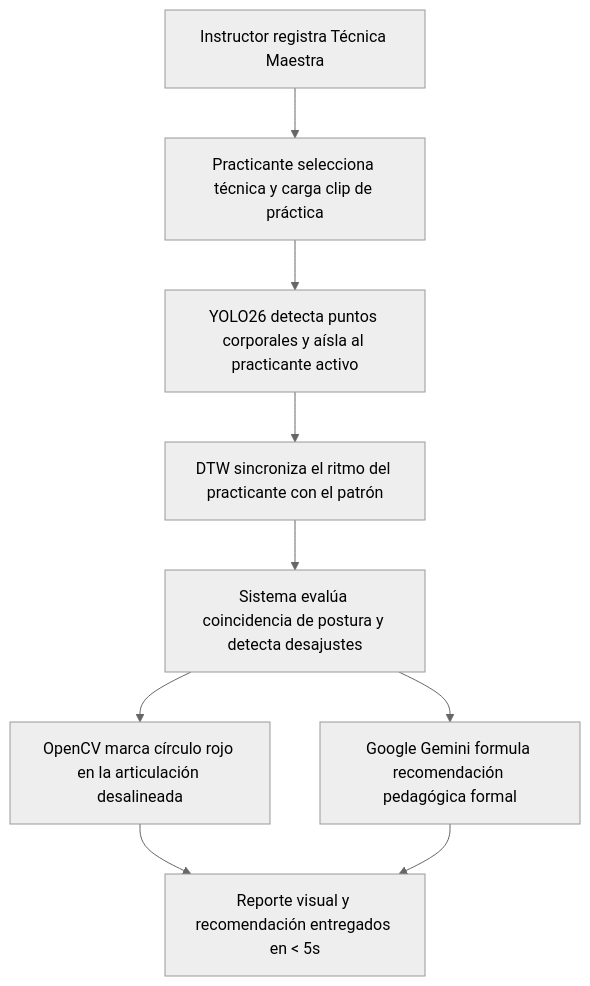
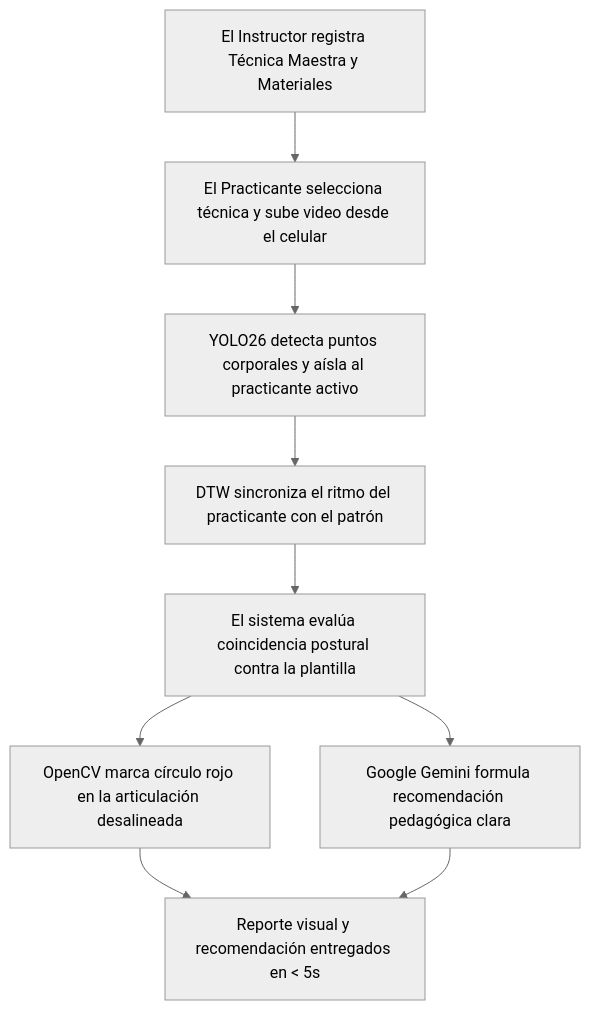
The fourth of 6 diagrams in README.md (Tsmrain/JiuJitsu), drawn with Mermaid (neutral theme) before and after one commit. The commit also changed other lines of this file, not shown here.

````diff
--- a/README.md
+++ b/README.md
@@ -312,11 +313,11 @@
 ```mermaid
 flowchart TD
-    A[Instructor registra Técnica Maestra] --> B[Practicante selecciona técnica y carga clip de práctica]
+    A[El Instructor registra Técnica Maestra y Materiales] --> B[El Practicante selecciona técnica y sube video desde el celular]
     B --> C[YOLO26 detecta puntos corporales y aísla al practicante activo]
     C --> D[DTW sincroniza el ritmo del practicante con el patrón]
-    D --> E[Sistema evalúa coincidencia de postura y detecta desajustes]
+    D --> E[El sistema evalúa coincidencia postural contra la plantilla]
     E --> F[OpenCV marca círculo rojo en la articulación desalineada]
-    E --> G[Google Gemini formula recomendación pedagógica formal]
+    E --> G[Google Gemini formula recomendación pedagógica clara]
     F --> H[Reporte visual y recomendación entregados en < 5s]
     G --> H
 ```
````
